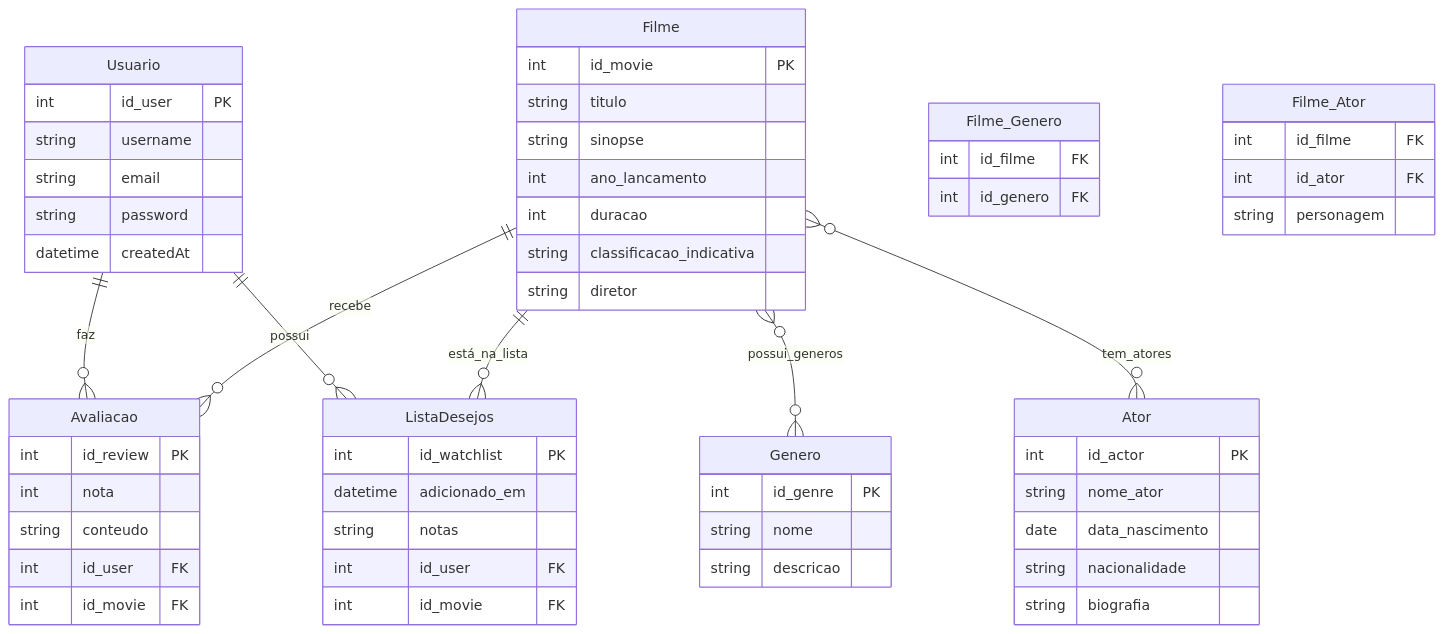
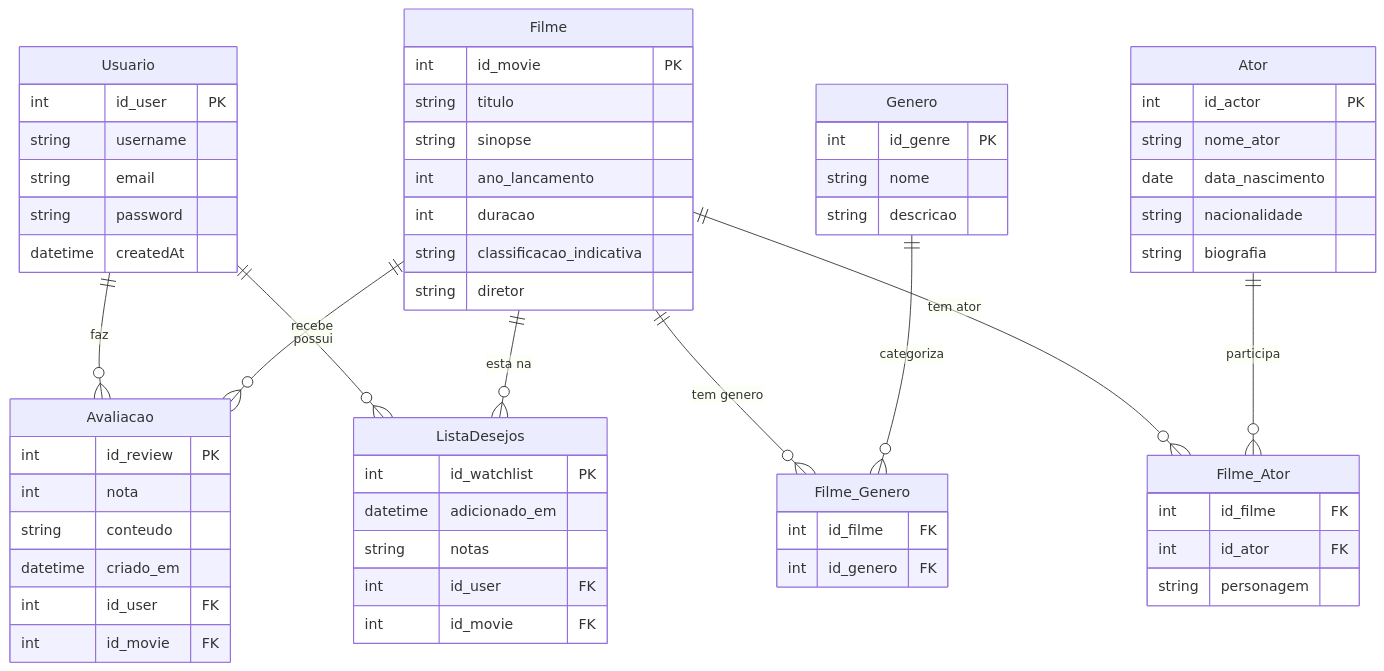
The diagram in README.md (paulohenrique04/trabalho-iii-persistencia-2025.2), drawn with Mermaid before and after one commit.

Commit message:
atualização

````diff
--- a/README.md
+++ b/README.md
@@ -5,68 +5,75 @@
 ```mermaid
 erDiagram
     Usuario {
         int id_user PK
         string username
         string email
         string password
         datetime createdAt
     }
 
     Filme {
         int id_movie PK
         string titulo
         string sinopse
         int ano_lancamento
         int duracao
         string classificacao_indicativa
         string diretor
     }
 
-    Avaliacao {
-        int id_review PK
-        int nota
-        string conteudo
-        int id_user FK
-        int id_movie FK
-    }
-
-    ListaDesejos {
-        int id_watchlist PK
-        datetime adicionado_em
-        string notas
-        int id_user FK
-        int id_movie FK
-    }
-
     Genero {
         int id_genre PK
         string nome
         string descricao
     }
 
     Ator {
         int id_actor PK
         string nome_ator
         date data_nascimento
         string nacionalidade
         string biografia
     }
 
+    Avaliacao {
+        int id_review PK
+        int nota
+        string conteudo
+        datetime criado_em
+        int id_user FK
+        int id_movie FK
+    }
+
+    ListaDesejos {
+        int id_watchlist PK
+        datetime adicionado_em
+        string notas
+        int id_user FK
+        int id_movie FK
+    }
+
     Filme_Genero {
         int id_filme FK
         int id_genero FK
     }
 
     Filme_Ator {
         int id_filme FK
         int id_ator FK
         string personagem
     }
 
+    %% RELACIONAMENTOS CORRETOS para Mermaid
     Usuario ||--o{ Avaliacao : "faz"
     Filme ||--o{ Avaliacao : "recebe"
+    
     Usuario ||--o{ ListaDesejos : "possui"
-    Filme ||--o{ ListaDesejos : "está_na_lista"
-    Filme }o--o{ Genero : "possui_generos"
-    Filme }o--o{ Ator : "tem_atores"
+    Filme ||--o{ ListaDesejos : "esta na"
+    
+    Filme ||--o{ Filme_Genero : "tem genero"
+    Genero ||--o{ Filme_Genero : "categoriza"
+    
+    Filme ||--o{ Filme_Ator : "tem ator"
+    Ator ||--o{ Filme_Ator : "participa"
 ```
````
